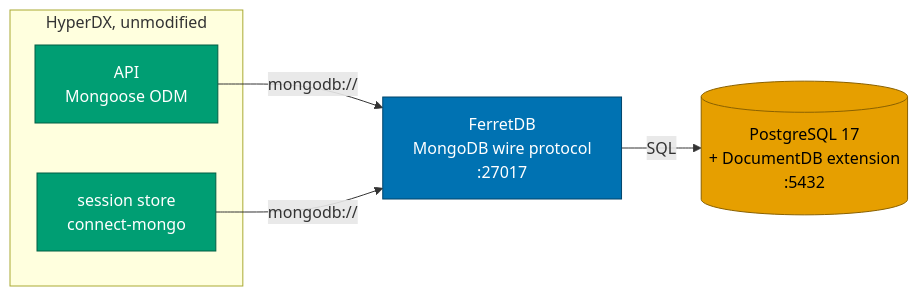
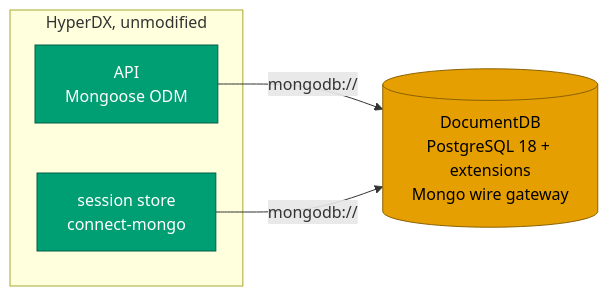
One commit to hyperi-io/dfe-hyperdx changed the first of 2 diagrams in docs/architecture/deployment.md. Above: the diagram before and after it, drawn with Mermaid. The commit also changed other lines of this file and 15 other files, not shown here.

First line of the commit message:
docs(hyperdx): name DocumentDB as the document store

````diff
--- a/docs/architecture/deployment.md
+++ b/docs/architecture/deployment.md
@@ -14,21 +11,18 @@
 ```mermaid
 flowchart LR
     subgraph app["HyperDX, unmodified"]
         API["API<br/>Mongoose ODM"]
         SESS["session store<br/>connect-mongo"]
     end
 
-    FERRET["FerretDB<br/>MongoDB wire protocol<br/>:27017"]
-    PG[(PostgreSQL 17<br/>+ DocumentDB extension<br/>:5432)]
+    DOCDB[("DocumentDB<br/>PostgreSQL 18 + extensions<br/>Mongo wire gateway")]
 
-    API -->|mongodb://| FERRET
-    SESS -->|mongodb://| FERRET
-    FERRET -->|SQL| PG
+    API -->|mongodb://| DOCDB
+    SESS -->|mongodb://| DOCDB
 
     classDef upstream fill:#009E73,stroke:#005f45,color:#ffffff
     classDef ours fill:#0072B2,stroke:#00456b,color:#ffffff
     classDef store fill:#E69F00,stroke:#8a6100,color:#000000
     class API,SESS upstream
-    class FERRET ours
-    class PG store
+    class DOCDB store
 ```
````
